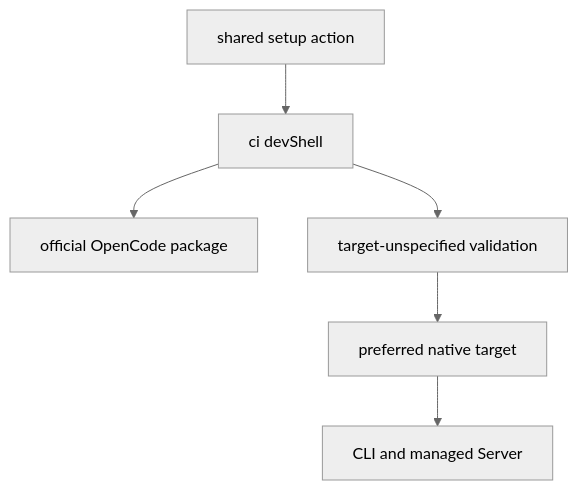
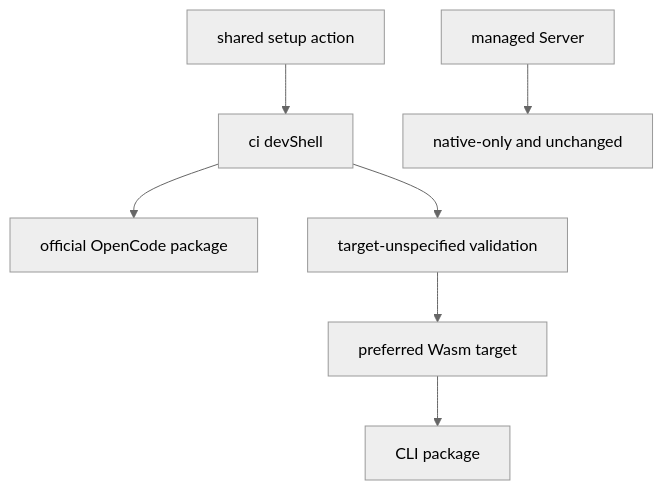
The second of 2 diagrams in README.mbt.md (totto2727-org/opencode-sdk), drawn with Mermaid (neutral theme) before and after one commit. The commit also changed other lines of this file and 1 other file, not shown here.

Commit message:
build(targets): prefer Wasm validation

````diff
--- a/README.mbt.md
+++ b/README.mbt.md
@@ -85,8 +85,9 @@
 ```mermaid
 flowchart TD
   A[shared setup action] --> B[ci devShell]
   B --> C[official OpenCode package]
   B --> D[target-unspecified validation]
-  D --> E[preferred native target]
-  E --> F[CLI and managed Server]
+  D --> E[preferred Wasm target]
+  E --> F[CLI package]
+  G[managed Server] --> H[native-only and unchanged]
 ```
````
